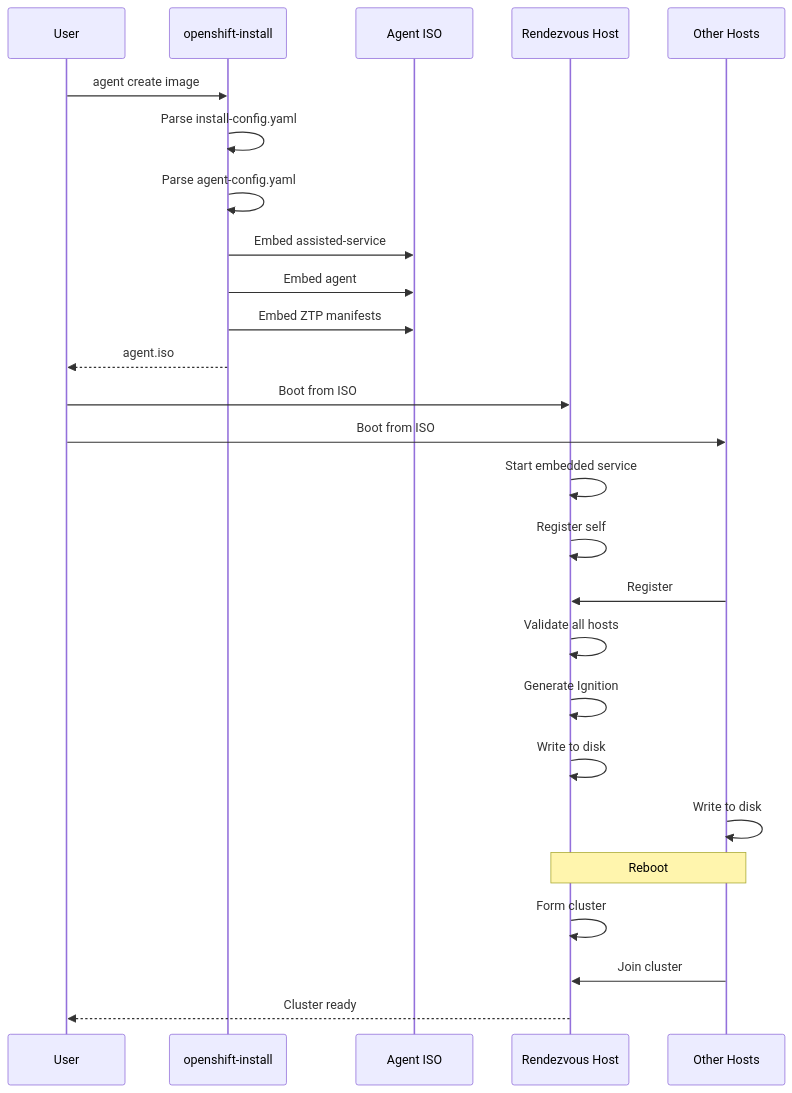
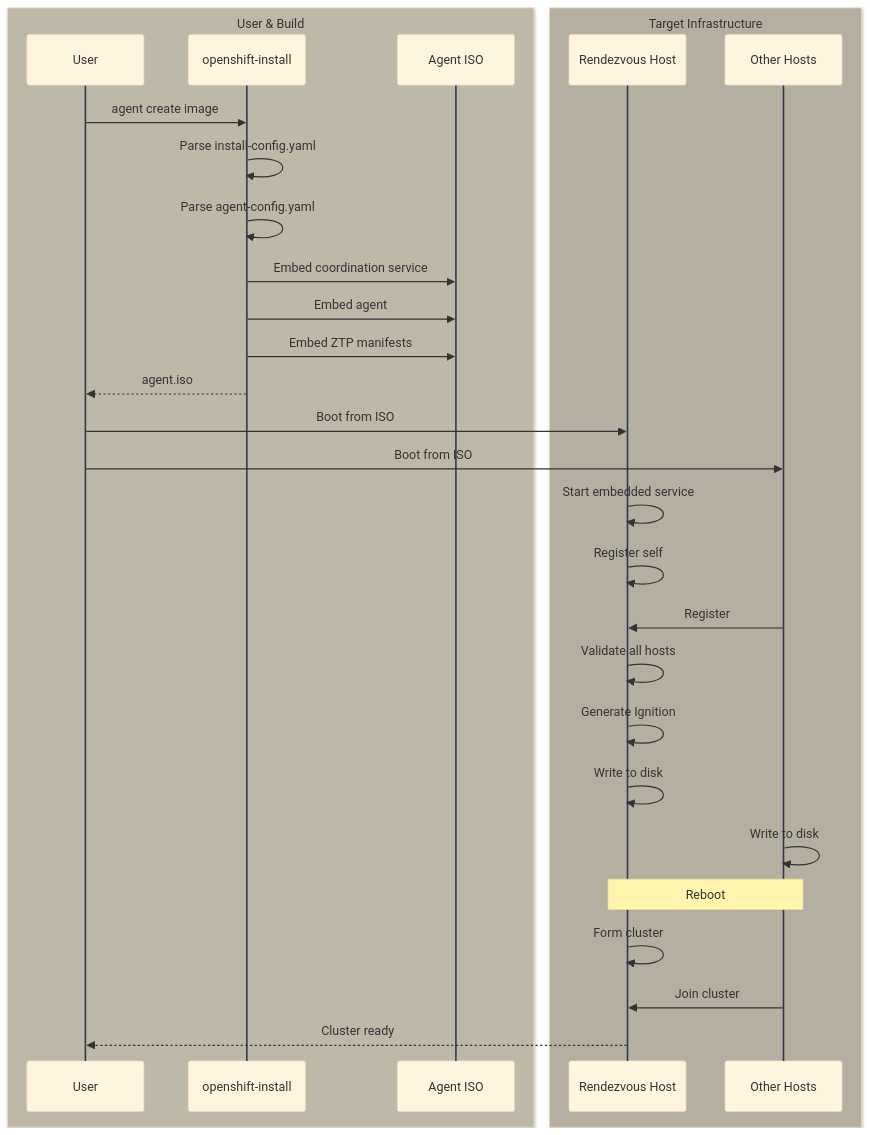
The third of 11 diagrams in 09-diagrams/component-diagrams.md (zszabo-rh/openshift-install-guide), drawn with Mermaid before and after one commit. The commit also changed other lines of this file and 16 other files, not shown here.

Commit message:
improved diagram style

````diff
--- a/09-diagrams/component-diagrams.md
+++ b/09-diagrams/component-diagrams.md
@@ -106,37 +137,43 @@
 ```mermaid
+%%{init: {'theme': 'base', 'themeVariables': { 'lineColor': '#2d3748', 'actorLineColor': '#2d3748' }}}%%
 sequenceDiagram
-    participant User
-    participant Installer as openshift-install
-    participant ISO as Agent ISO
-    participant Rendezvous as Rendezvous Host
-    participant Other as Other Hosts
+    box rgb(190,184,168) User & Build
+        participant User
+        participant Installer as openshift-install
+        participant ISO as Agent ISO
+    end
+    
+    box rgb(180,175,160) Target Infrastructure
+        participant Rendezvous as Rendezvous Host
+        participant Other as Other Hosts
+    end
     
     User->>Installer: agent create image
     Installer->>Installer: Parse install-config.yaml
     Installer->>Installer: Parse agent-config.yaml
-    Installer->>ISO: Embed assisted-service
+    Installer->>ISO: Embed coordination service
     Installer->>ISO: Embed agent
     Installer->>ISO: Embed ZTP manifests
     Installer-->>User: agent.iso
     
     User->>Rendezvous: Boot from ISO
     User->>Other: Boot from ISO
     
     Rendezvous->>Rendezvous: Start embedded service
     Rendezvous->>Rendezvous: Register self
     
     Other->>Rendezvous: Register
     
     Rendezvous->>Rendezvous: Validate all hosts
     Rendezvous->>Rendezvous: Generate Ignition
     
     Rendezvous->>Rendezvous: Write to disk
     Other->>Other: Write to disk
     
     Note over Rendezvous,Other: Reboot
     
     Rendezvous->>Rendezvous: Form cluster
     Other->>Rendezvous: Join cluster
     
     Rendezvous-->>User: Cluster ready
 ```
````
